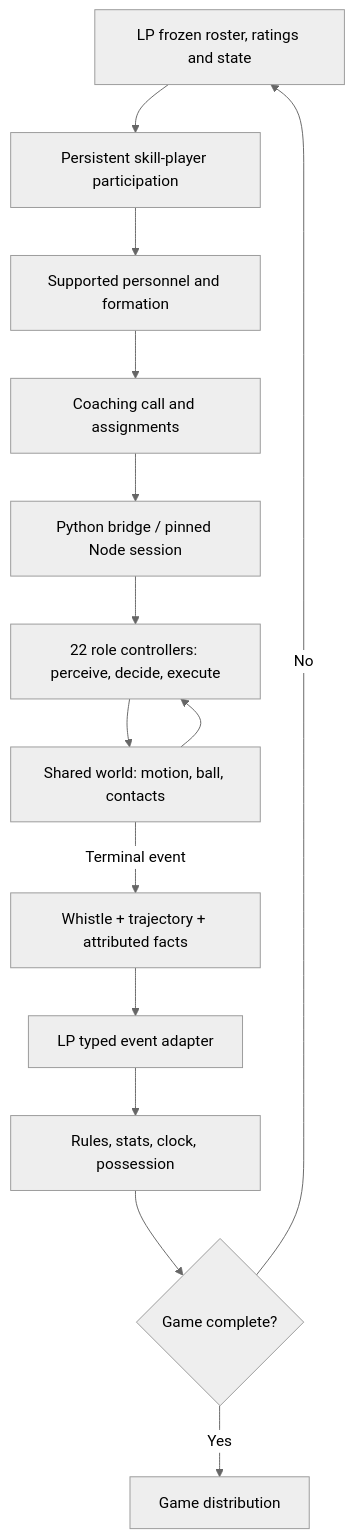
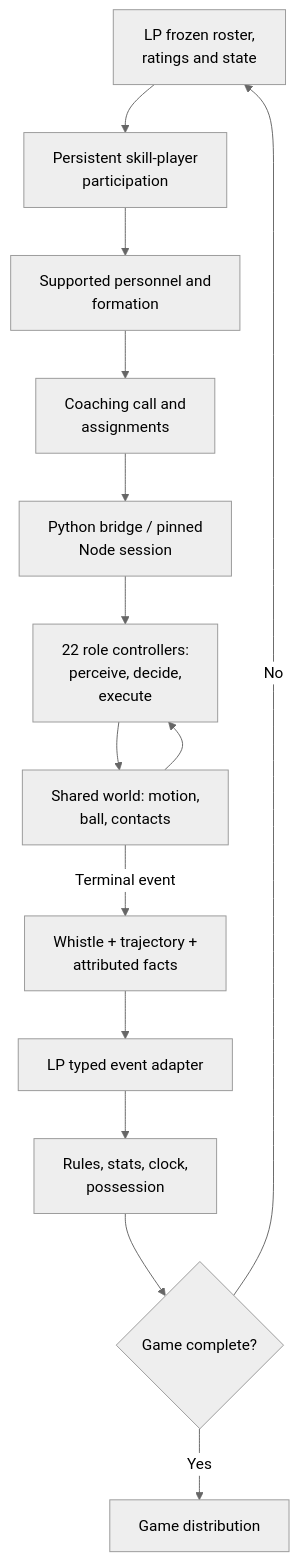
The diagram in docs/architecture/GRIDIRON.md (micahp/legendarypicks), drawn with Mermaid (neutral theme) before and after one commit. The commit also changed other lines of this file and 12 other files, not shown here.

Commit message:
docs: wrap diagram labels and add editable SVG schematics

````diff
--- a/docs/architecture/GRIDIRON.md
+++ b/docs/architecture/GRIDIRON.md
@@ -23,16 +23,16 @@
 ```mermaid
 flowchart TD
-  A["LP frozen roster, ratings and state"] --> B["Persistent skill-player participation"]
-  B --> C["Supported personnel and formation"]
-  C --> D["Coaching call and assignments"]
-  D --> E["Python bridge / pinned Node session"]
-  E --> F["22 role controllers: perceive, decide, execute"]
-  F --> G["Shared world: motion, ball, contacts"]
+  A["LP frozen roster,<br/>ratings and state"] --> B["Persistent skill-player<br/>participation"]
+  B --> C["Supported personnel and<br/>formation"]
+  C --> D["Coaching call and<br/>assignments"]
+  D --> E["Python bridge / pinned<br/>Node session"]
+  E --> F["22 role controllers:<br/>perceive, decide,<br/>execute"]
+  F --> G["Shared world: motion,<br/>ball, contacts"]
   G --> F
-  G -->|Terminal event| H["Whistle + trajectory + attributed facts"]
+  G -->|Terminal event| H["Whistle + trajectory +<br/>attributed facts"]
   H --> I["LP typed event adapter"]
-  I --> J["Rules, stats, clock, possession"]
+  I --> J["Rules, stats, clock,<br/>possession"]
   J --> K{"Game complete?"}
   K -->|No| A
   K -->|Yes| L["Game distribution"]
 ```
````
